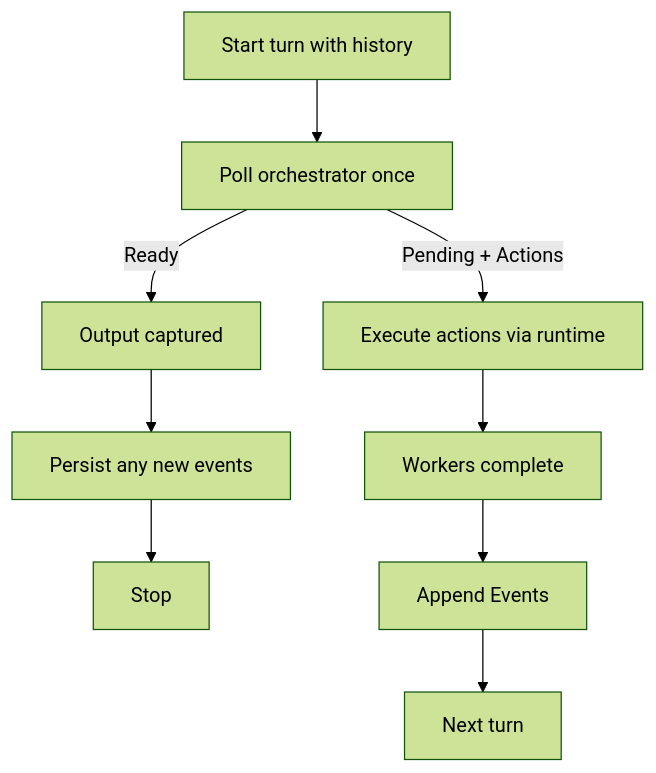
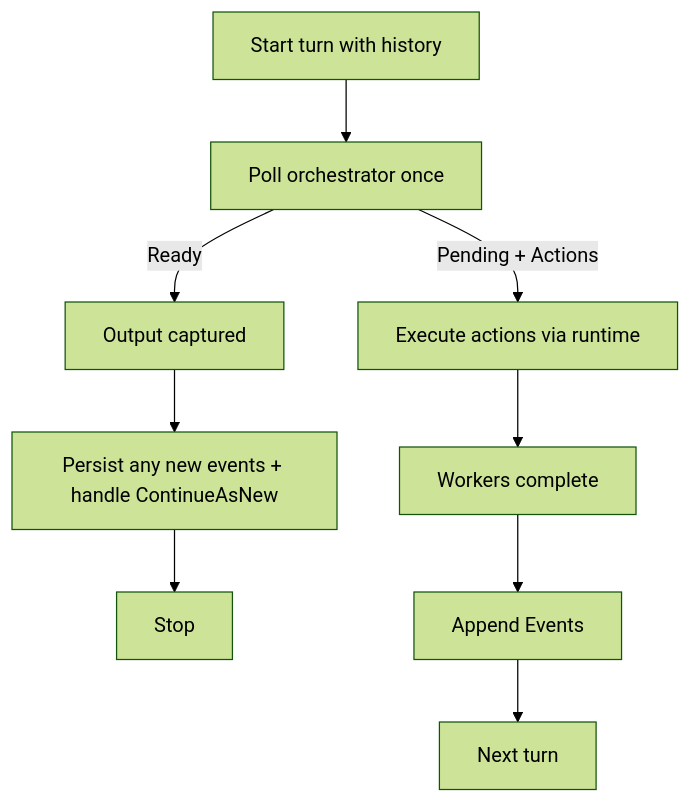
The third of 3 diagrams in docs/architecture.md (affandar/duroxide), drawn with Mermaid (forest theme) before and after one commit. The commit also changed other lines of this file and 15 other files, not shown here.

Commit message:
external events: warn on drop when no subscription; add e2e tests for CAN early-drop and drop+retry; docs on external events and ContinueAsNew; minor cleanups

````diff
--- a/docs/architecture.md
+++ b/docs/architecture.md
@@ -53,11 +65,11 @@
 ```mermaid
 flowchart TD
     A[Start turn with history] --> B[Poll orchestrator once]
     B -->|Ready| C[Output captured]
-    C --> H[Persist any new events]
+    C --> H[Persist any new events + handle ContinueAsNew]
     H --> Z[Stop]
     B -->|Pending + Actions| D[Execute actions via runtime]
     D --> E[Workers complete]
     E --> F[Append Events]
     F --> G[Next turn]
 ```
````
